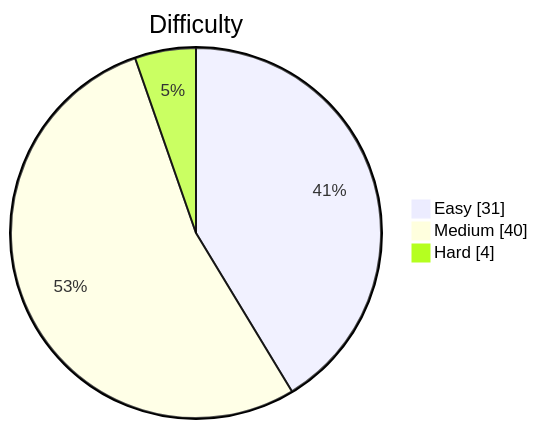
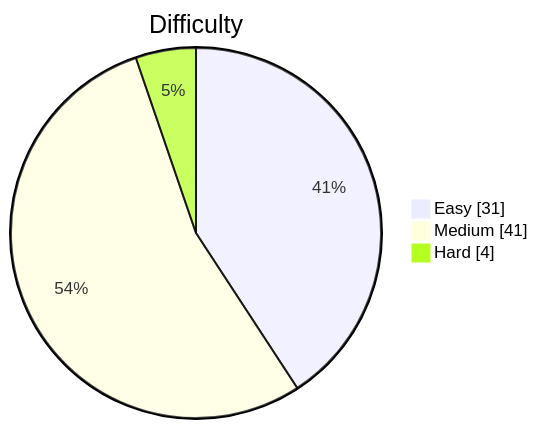
Before and after one commit to kevstevie/python-algo-practice: the diagram in README.md, drawn with Mermaid. The commit also changed other lines of this file, not shown here.

````diff
--- a/README.md
+++ b/README.md
@@ -13,7 +13,7 @@
 ```mermaid
 pie showData
     title Difficulty
     "Easy"   : 31
-    "Medium" : 40
+    "Medium" : 41
     "Hard"   : 4
 ```
````
